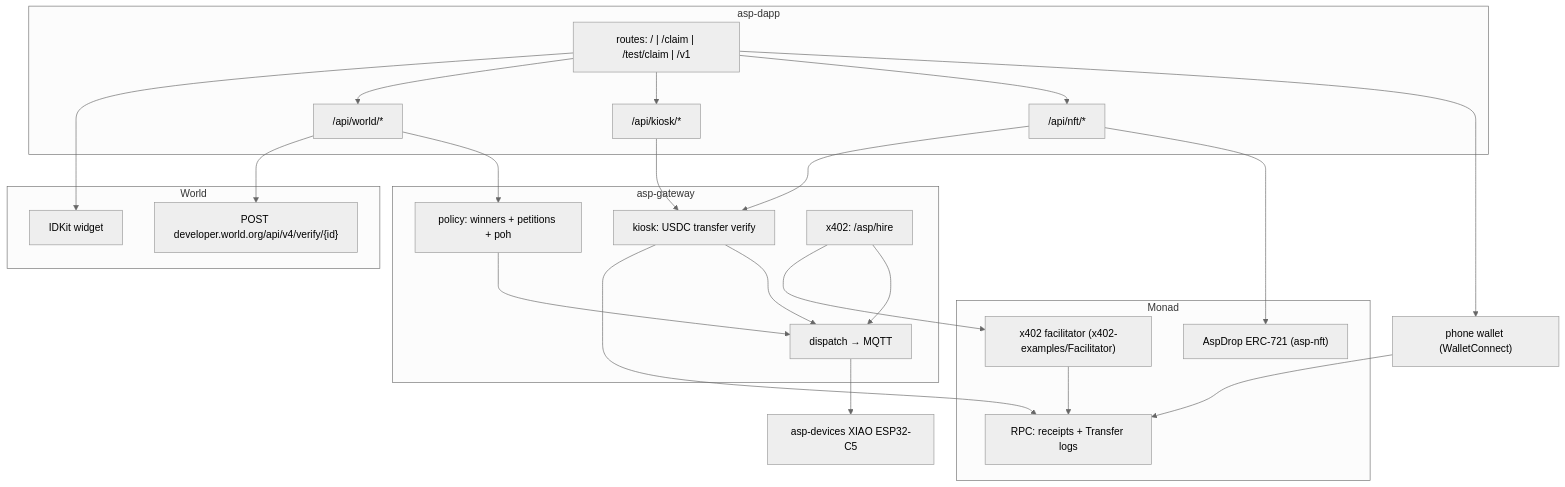
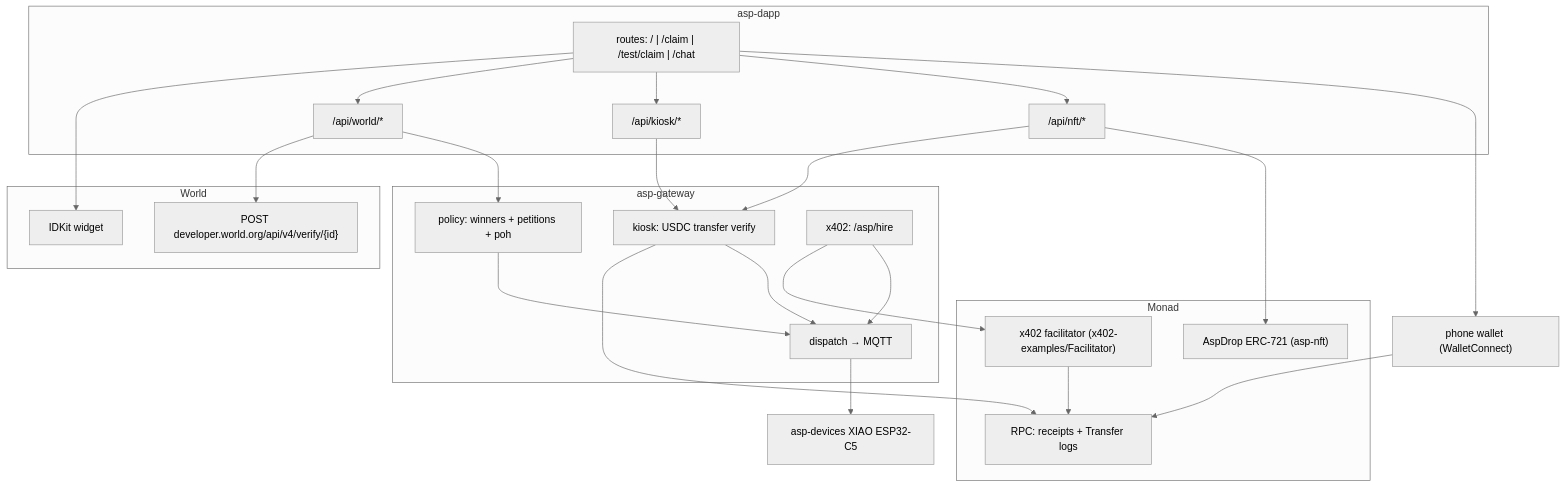
One commit to altaga/Asp changed the first of 2 diagrams in AGENT.md. Above: the diagram before and after it, drawn with Mermaid (neutral theme). The commit also changed other lines of this file and 2 other files, not shown here.

Commit message:
Docs follow the trimmed routes: Hire tab, NFT drop sequence, no backup or lab screens

````diff
--- a/AGENT.md
+++ b/AGENT.md
@@ -29,45 +29,45 @@
 ```mermaid
 flowchart TB
   subgraph CLIENT["asp-dapp"]
-    UI["routes: / | /claim | /test/claim | /v1"]
+    UI["routes: / | /claim | /test/claim | /chat"]
     WAPI["/api/world/*"]
     KAPI["/api/kiosk/*"]
     NAPI["/api/nft/*"]
   end
   subgraph WORLD["World"]
     IDKit["IDKit widget"]
     Portal["POST developer.world.org/api/v4/verify/{id}"]
   end
   subgraph GW["asp-gateway"]
     POL["policy: winners + petitions + poh"]
     KIOSK["kiosk: USDC transfer verify"]
     X402["x402: /asp/hire"]
     DISP["dispatch → MQTT"]
   end
   subgraph MONAD["Monad"]
     RPC["RPC: receipts + Transfer logs"]
     FAC["x402 facilitator (x402-examples/Facilitator)"]
     DROP["AspDrop ERC-721 (asp-nft)"]
   end
   WALLET["phone wallet (WalletConnect)"]
   HW["asp-devices XIAO ESP32-C5"]
 
   UI --> IDKit
   UI --> WAPI
   UI --> KAPI
   UI --> NAPI
   UI --> WALLET
   NAPI --> KIOSK
   NAPI --> DROP
   WALLET --> RPC
   WAPI --> Portal
   WAPI --> POL
   KAPI --> KIOSK
   KIOSK --> RPC
   X402 --> FAC
   FAC --> RPC
   POL --> DISP
   KIOSK --> DISP
   X402 --> DISP
   DISP --> HW
 ```
````
